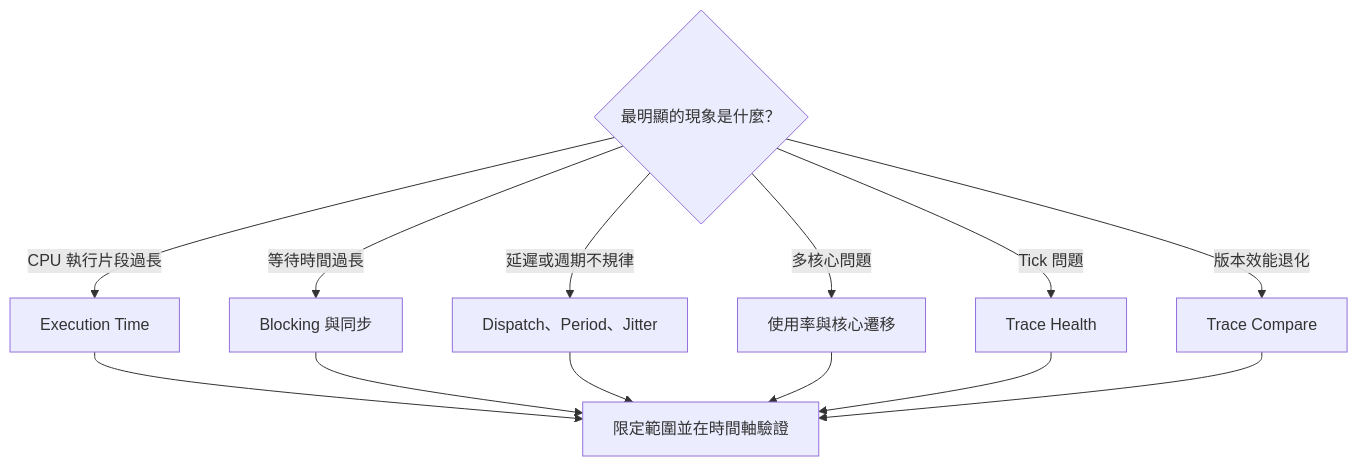
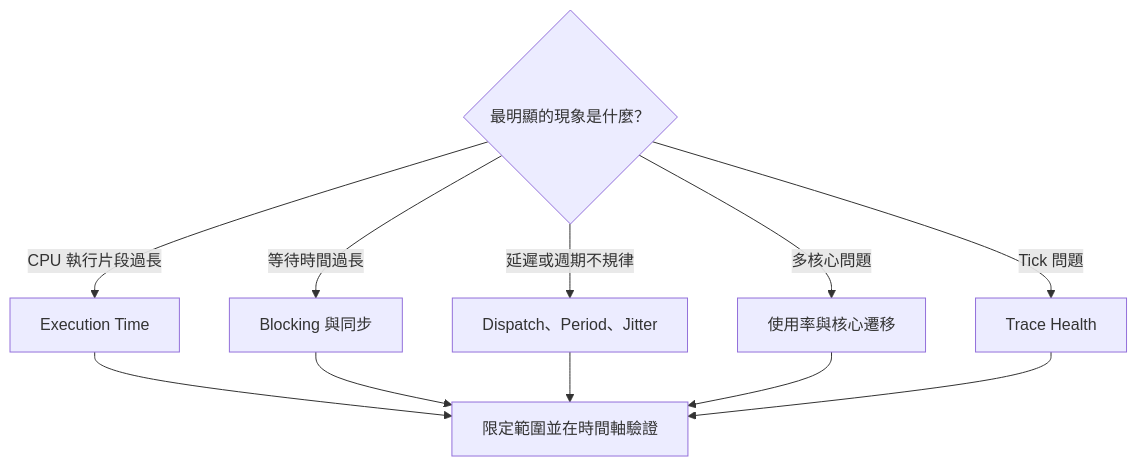
The second of 4 diagrams in BTFViewer/WORKFLOWS_zh-TW.md (kuopinghsu/FreeRTOS-BTF-Trace), drawn with Mermaid before and after one commit. The commit also changed other lines of this file and 8 other files, not shown here.

````diff
--- a/BTFViewer/WORKFLOWS_zh-TW.md
+++ b/BTFViewer/WORKFLOWS_zh-TW.md
@@ -136,16 +134,14 @@
 ```mermaid
 flowchart TD
   symptom{"最明顯的現象是什麼？"}
   symptom -->|CPU 執行片段過長| execution["Execution Time"]
   symptom -->|等待時間過長| blocking["Blocking 與同步"]
   symptom -->|延遲或週期不規律| timing["Dispatch、Period、Jitter"]
   symptom -->|多核心問題| smp["使用率與核心遷移"]
   symptom -->|Tick 問題| tick["Trace Health"]
-  symptom -->|版本效能退化| compare["Trace Compare"]
   execution --> verify["限定範圍並在時間軸驗證"]
   blocking --> verify
   timing --> verify
   smp --> verify
   tick --> verify
-  compare --> verify
 ```
````
